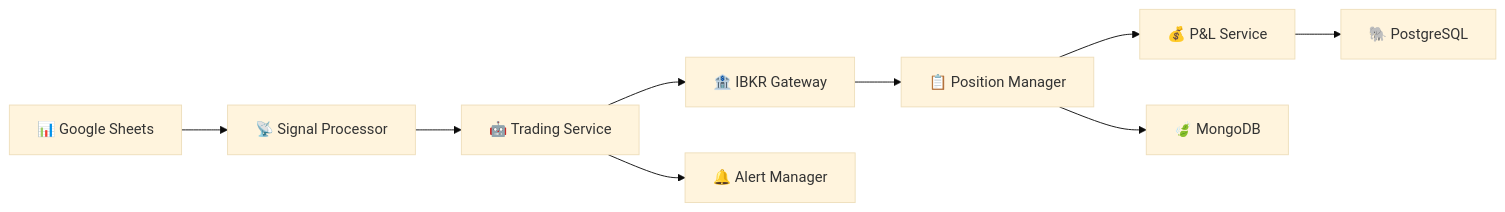
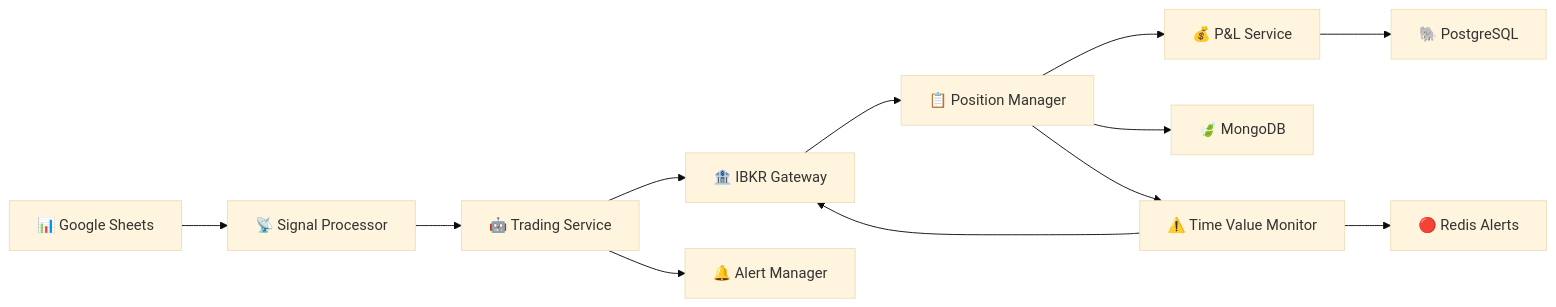
The diagram in trading-bot/README.md (AIgen-Solutions-s-r-l/SpreadPilot), drawn with Mermaid (base theme) before and after one commit. The commit also changed other lines of this file and 1 other file, not shown here.

First line of the commit message:
docs: update all documentation for time value monitor feature

````diff
--- a/trading-bot/README.md
+++ b/trading-bot/README.md
@@ -47,11 +51,14 @@
 ```mermaid
 graph LR
     A[📊 Google Sheets] --> B[📡 Signal Processor]
     B --> C[🤖 Trading Service]
     C --> D[🏦 IBKR Gateway]
     D --> E[📋 Position Manager]
     E --> F[💰 P&L Service]
     F --> G[🐘 PostgreSQL]
     E --> H[🍃 MongoDB]
     C --> I[🔔 Alert Manager]
+    E --> J[⚠️ Time Value Monitor]
+    J --> K[🔴 Redis Alerts]
+    J --> D
 ```
````
